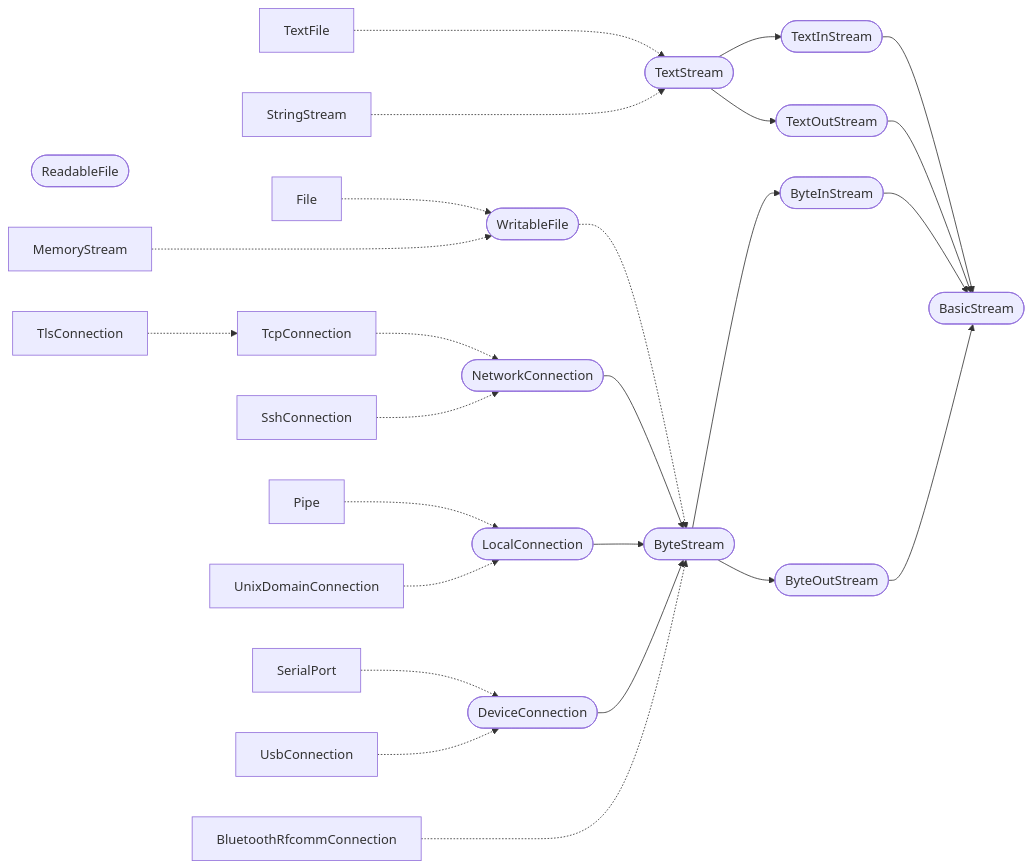
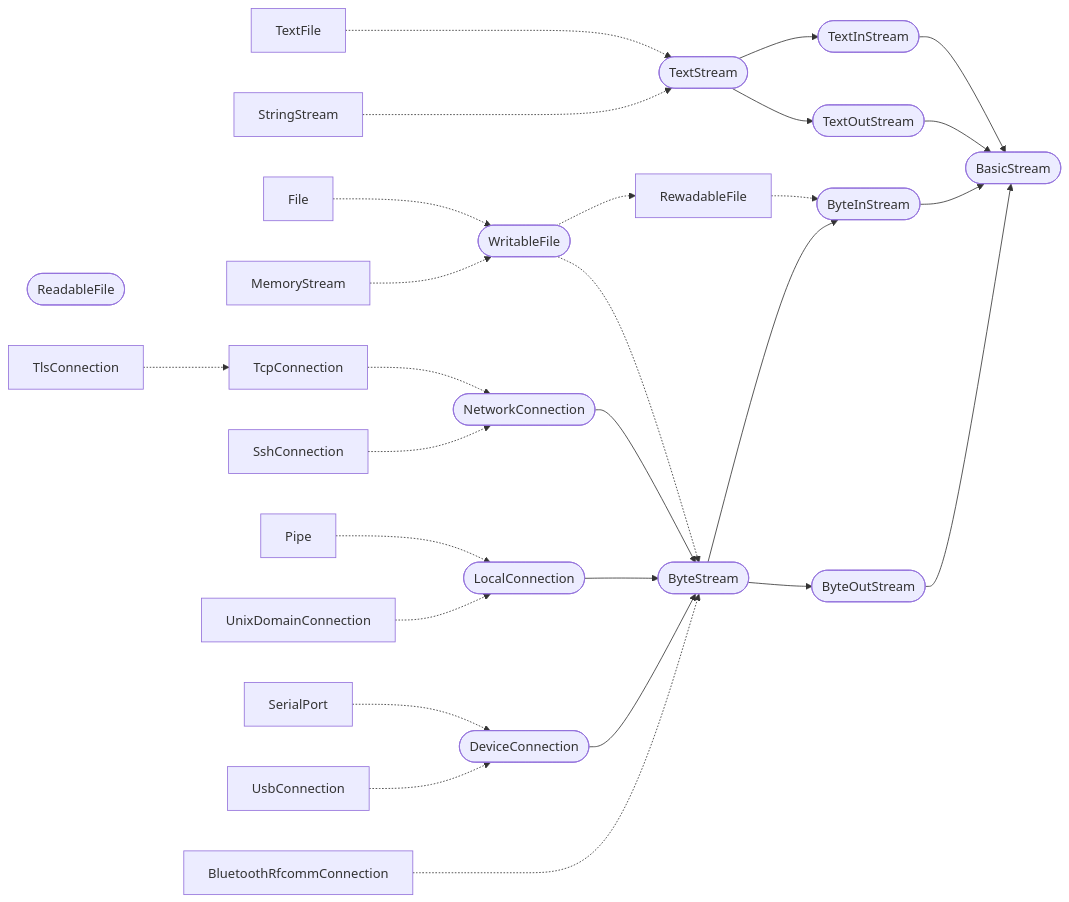
The diagram in 2 Standard Lib/6 Stream, File & CLI.md (laro/Cilia), drawn with Mermaid before and after one commit.

Commit message:
Update 6 Stream, File & CLI.md

````diff
--- a/2 Standard Lib/6 Stream, File & CLI.md
+++ b/2 Standard Lib/6 Stream, File & CLI.md
@@ -280,66 +280,68 @@
 ```mermaid
 flowchart LR
     BasicStream([BasicStream])
 
     ReadableFile([ReadableFile])
     WritableFile([WritableFile])
 
     TextStream([TextStream])
     TextInStream([TextInStream])
     TextOutStream([TextOutStream])
 
     TextFile[TextFile]
     StringStream[StringStream]
 
     ByteStream([ByteStream])
     ByteInStream([ByteInStream])
     ByteOutStream([ByteOutStream])
     
     File[File]
     MemoryStream[MemoryStream]
     NetworkConnection([NetworkConnection])
     TcpConnection[TcpConnection]
     TlsConnection[TlsConnection]
     SshConnection[SshConnection]
     LocalConnection([LocalConnection])
     Pipe[Pipe]
     UnixDomainConnection[UnixDomainConnection]
     DeviceConnection([DeviceConnection])
     SerialPort[SerialPort]
     UsbConnection[UsbConnection]
     BluetoothRfcommConnection[BluetoothRfcommConnection]
     
     TextFile -..-> TextStream
     StringStream -..-> TextStream
 
     TextStream --> TextInStream
     TextStream --> TextOutStream
 
     TextInStream --> BasicStream
     TextOutStream --> BasicStream
 
     File -.-> WritableFile
-    MemoryStream -..-> WritableFile
+    MemoryStream -.-> WritableFile
+    WritableFile -.-> RewadableFile
     WritableFile -.-> ByteStream
+    RewadableFile -.-> ByteInStream
 
     NetworkConnection --> ByteStream
     LocalConnection --> ByteStream
     DeviceConnection --> ByteStream
     BluetoothRfcommConnection -..-> ByteStream
     
     TcpConnection -.-> NetworkConnection
     TlsConnection -.-> TcpConnection
     SshConnection -.-> NetworkConnection
     
     Pipe -.-> LocalConnection
     UnixDomainConnection -.-> LocalConnection
     
     SerialPort -.-> DeviceConnection
     UsbConnection -.-> DeviceConnection
     
     ByteStream --> ByteInStream
     ByteStream --> ByteOutStream
 
     ByteInStream --> BasicStream
     ByteOutStream --> BasicStream
 ```
````
